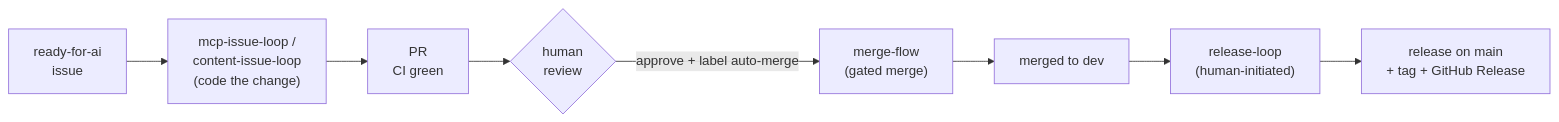
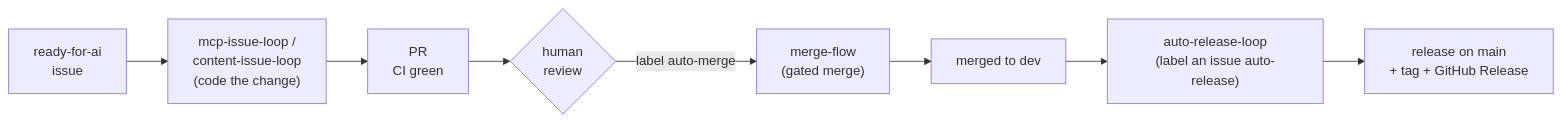
Before and after one commit to hifi-phil/umbraco-mcp-ops: the first of 3 diagrams in docs/self-learning-system.md, drawn with Mermaid. The commit also changed other lines of this file and 7 other files, not shown here.

First line of the commit message:
refactor(release-flow): drop human-gated release-loop; rename to auto-release-loop

````diff
--- a/docs/self-learning-system.md
+++ b/docs/self-learning-system.md
@@ -12,10 +12,10 @@
 ```mermaid
 flowchart LR
     ISSUE["ready-for-ai<br/>issue"] --> CODE["mcp-issue-loop /<br/>content-issue-loop<br/>(code the change)"]
     CODE --> PR["PR<br/>CI green"]
     PR --> REVIEW{"human<br/>review"}
-    REVIEW -->|"approve + label auto-merge"| MERGE["merge-flow<br/>(gated merge)"]
+    REVIEW -->|"label auto-merge"| MERGE["merge-flow<br/>(gated merge)"]
     MERGE --> MERGED["merged to dev"]
-    MERGED --> REL["release-loop<br/>(human-initiated)"]
+    MERGED --> REL["auto-release-loop<br/>(label an issue auto-release)"]
     REL --> SHIP["release on main<br/>+ tag + GitHub Release"]
 ```
````
